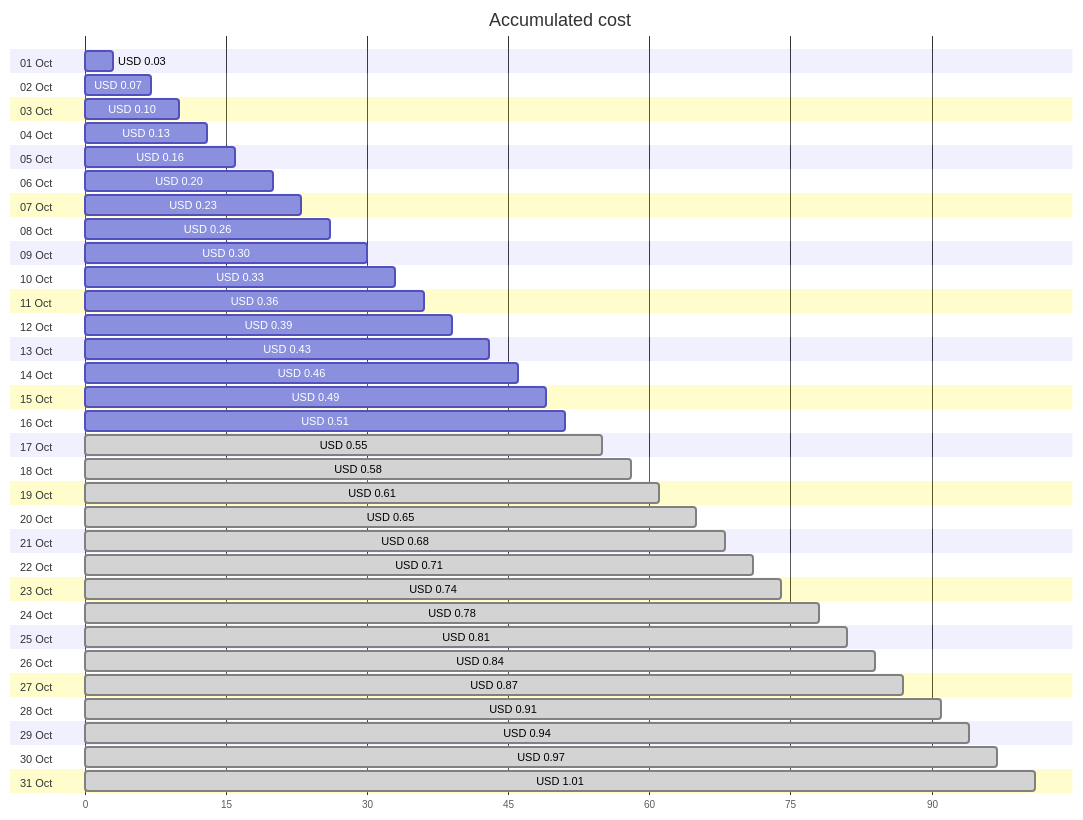
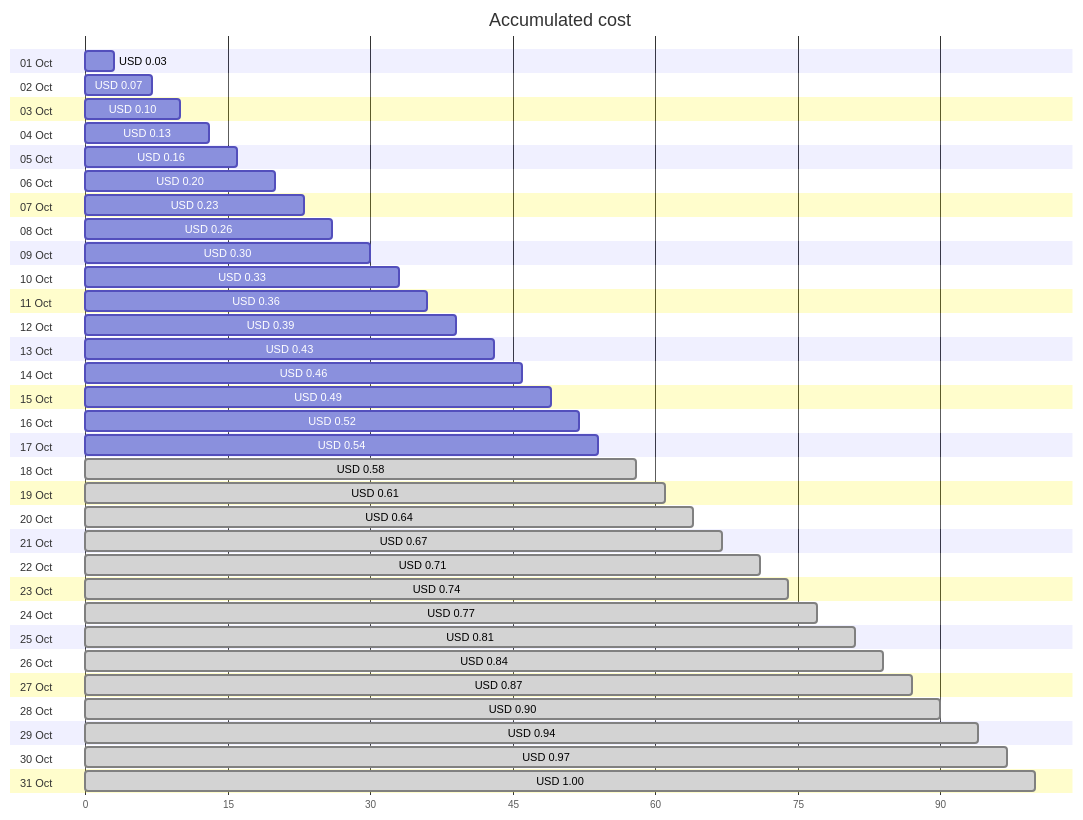
One commit to jpfulton/azure-personal-reports changed the first of 4 diagrams in cost-reports/personal-dns/README.md. Above: the diagram before and after it, drawn with Mermaid. The commit also changed other lines of this file and 2 other files, not shown here.

````diff
--- a/cost-reports/personal-dns/README.md
+++ b/cost-reports/personal-dns/README.md
@@ -20,68 +20,68 @@
 ```mermaid
 gantt
    title Accumulated cost
    dateFormat  X
    axisFormat %s
    section 01 Oct
    USD 0.03 :0, 3
    section 02 Oct
    USD 0.07 :0, 7
    section 03 Oct
    USD 0.10 :0, 10
    section 04 Oct
    USD 0.13 :0, 13
    section 05 Oct
    USD 0.16 :0, 16
    section 06 Oct
    USD 0.20 :0, 20
    section 07 Oct
    USD 0.23 :0, 23
    section 08 Oct
    USD 0.26 :0, 26
    section 09 Oct
    USD 0.30 :0, 30
    section 10 Oct
    USD 0.33 :0, 33
    section 11 Oct
    USD 0.36 :0, 36
    section 12 Oct
    USD 0.39 :0, 39
    section 13 Oct
    USD 0.43 :0, 43
    section 14 Oct
    USD 0.46 :0, 46
    section 15 Oct
    USD 0.49 :0, 49
    section 16 Oct
-   USD 0.51 :0, 51
+   USD 0.52 :0, 52
    section 17 Oct
-   USD 0.55 : done, 0, 55
+   USD 0.54 :0, 54
    section 18 Oct
    USD 0.58 : done, 0, 58
    section 19 Oct
    USD 0.61 : done, 0, 61
    section 20 Oct
-   USD 0.65 : done, 0, 65
+   USD 0.64 : done, 0, 64
    section 21 Oct
-   USD 0.68 : done, 0, 68
+   USD 0.67 : done, 0, 67
    section 22 Oct
    USD 0.71 : done, 0, 71
    section 23 Oct
    USD 0.74 : done, 0, 74
    section 24 Oct
-   USD 0.78 : done, 0, 78
+   USD 0.77 : done, 0, 77
    section 25 Oct
    USD 0.81 : done, 0, 81
    section 26 Oct
    USD 0.84 : done, 0, 84
    section 27 Oct
    USD 0.87 : done, 0, 87
    section 28 Oct
-   USD 0.91 : done, 0, 91
+   USD 0.90 : done, 0, 90
    section 29 Oct
    USD 0.94 : done, 0, 94
    section 30 Oct
    USD 0.97 : done, 0, 97
    section 31 Oct
-   USD 1.01 : done, 0, 101
+   USD 1.00 : done, 0, 100
 ```
````
